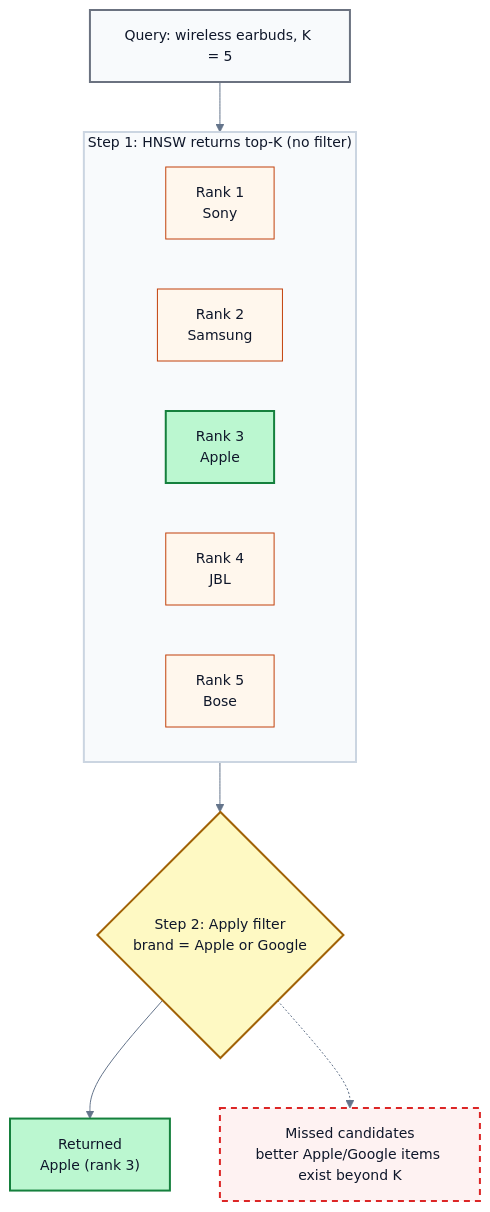
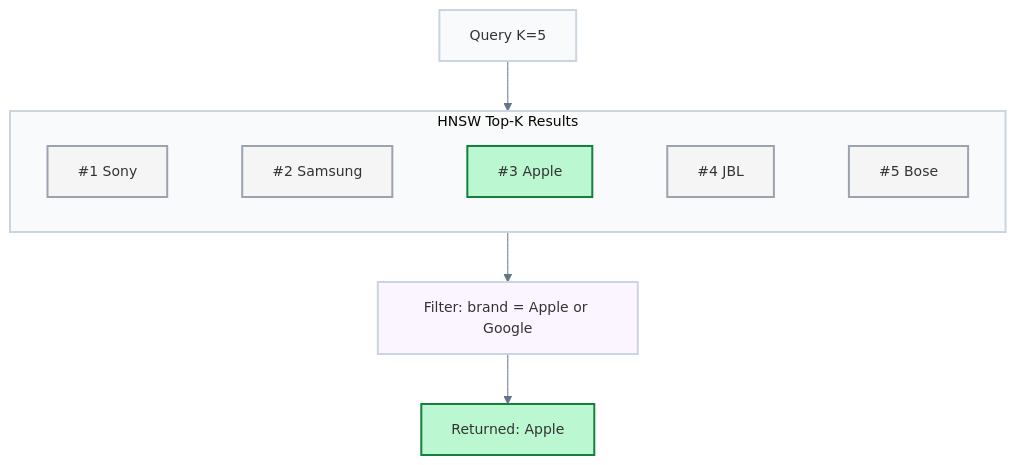
Before and after one commit to chsafouane/chsafouane.github.io: the diagram in posts/Why WHERE clauses can break your vector search/assets/post-filtering.mmd, drawn with Mermaid. The commit also changed 9 other files, not shown here.

Commit message:
Add Mermaid PNG diagrams for Medium

```diff
--- a/posts/Why WHERE clauses can break your vector search/assets/post-filtering.mmd
+++ b/posts/Why WHERE clauses can break your vector search/assets/post-filtering.mmd
@@ -1,46 +1,23 @@
-%%{init: {
-  'theme': 'base',
-  'themeVariables': {
-    'fontFamily': 'Helvetica Neue,Helvetica,Arial,sans-serif',
-    'fontSize': '14px',
-    'lineColor': '#64748b',
-    'textColor': '#0f172a'
-  },
-  'flowchart': { 'curve': 'basis' }
-}}%%
+%%{init: {'theme': 'base', 'themeVariables': {'fontFamily': 'Helvetica Neue,Helvetica,Arial,sans-serif', 'fontSize': '14px', 'lineColor': '#64748b', 'textColor': '#0f172a'}}}%%
 flowchart TB
-  q["Query: wireless earbuds, K = 5"]
+  q["Query K=5"]
 
-  subgraph step1["Step 1: HNSW returns top-K (no filter)"]
-    direction LR
-    r1["Rank 1<br/>Sony"]
-    r2["Rank 2<br/>Samsung"]
-    r3["Rank 3<br/>Apple"]
-    r4["Rank 4<br/>JBL"]
-    r5["Rank 5<br/>Bose"]
+  subgraph step1["HNSW Top-K Results"]
+    r1["#1 Sony"] ~~~ r2["#2 Samsung"] ~~~ r3["#3 Apple"] ~~~ r4["#4 JBL"] ~~~ r5["#5 Bose"]
   end
 
-  f{"Step 2: Apply filter<br/>brand = Apple or Google"}
+  f["Filter: brand = Apple or Google"]
 
-  keep["Returned<br/>Apple (rank 3)"]
-  miss["Missed candidates<br/>better Apple/Google items exist beyond K"]
+  keep["Returned: Apple"]
 
-  q --> step1
-  step1 --> f
-  f --> keep
-  f -.-> miss
+  q --> step1 --> f --> keep
 
-  classDef query fill:#f8fafc,stroke:#6b7280,stroke-width:2px,color:#0f172a
-  classDef step fill:#f8fafc,stroke:#cbd5e1,stroke-width:2px,color:#0f172a
-  classDef keep fill:#bbf7d0,stroke:#15803d,stroke-width:2px,color:#0f172a
-  classDef drop fill:#fff7ed,stroke:#c2410c,stroke-width:1px,color:#0f172a
-  classDef note fill:#fef2f2,stroke:#dc2626,stroke-width:2px,stroke-dasharray:6 5,color:#0f172a
-  classDef filter fill:#fef9c3,stroke:#a16207,stroke-width:2px,color:#0f172a
-
-  class q query
-  class step1 step
-  class f filter
-  class keep keep
-  class miss note
-  class r1,r2,r4,r5 drop
-  class r3 keep
+  style q fill:#f8fafc,stroke:#cbd5e1,stroke-width:2px
+  style step1 fill:#f8fafc,stroke:#cbd5e1,stroke-width:2px
+  style f fill:#faf5ff,stroke:#cbd5e1,stroke-width:2px
+  style r1 fill:#f5f5f5,stroke:#9ca3af,stroke-width:2px
+  style r2 fill:#f5f5f5,stroke:#9ca3af,stroke-width:2px
+  style r3 fill:#bbf7d0,stroke:#15803d,stroke-width:2px
+  style r4 fill:#f5f5f5,stroke:#9ca3af,stroke-width:2px
+  style r5 fill:#f5f5f5,stroke:#9ca3af,stroke-width:2px
+  style keep fill:#bbf7d0,stroke:#15803d,stroke-width:2px
```
